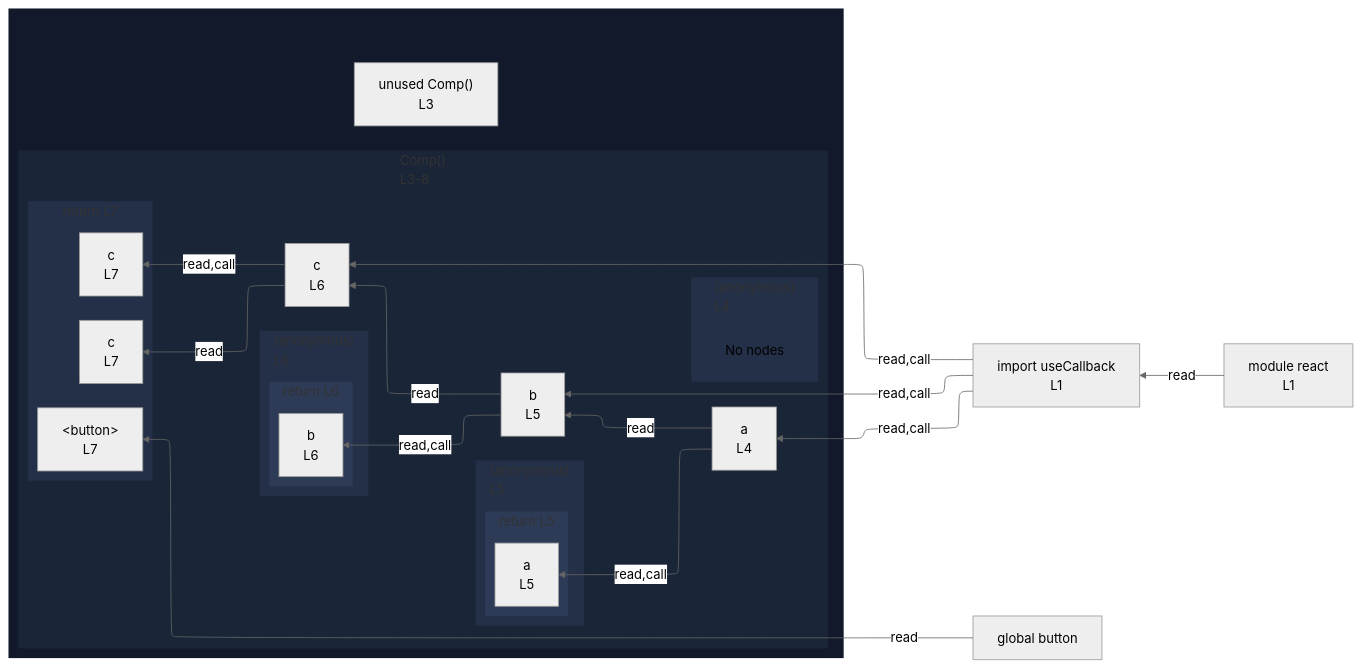
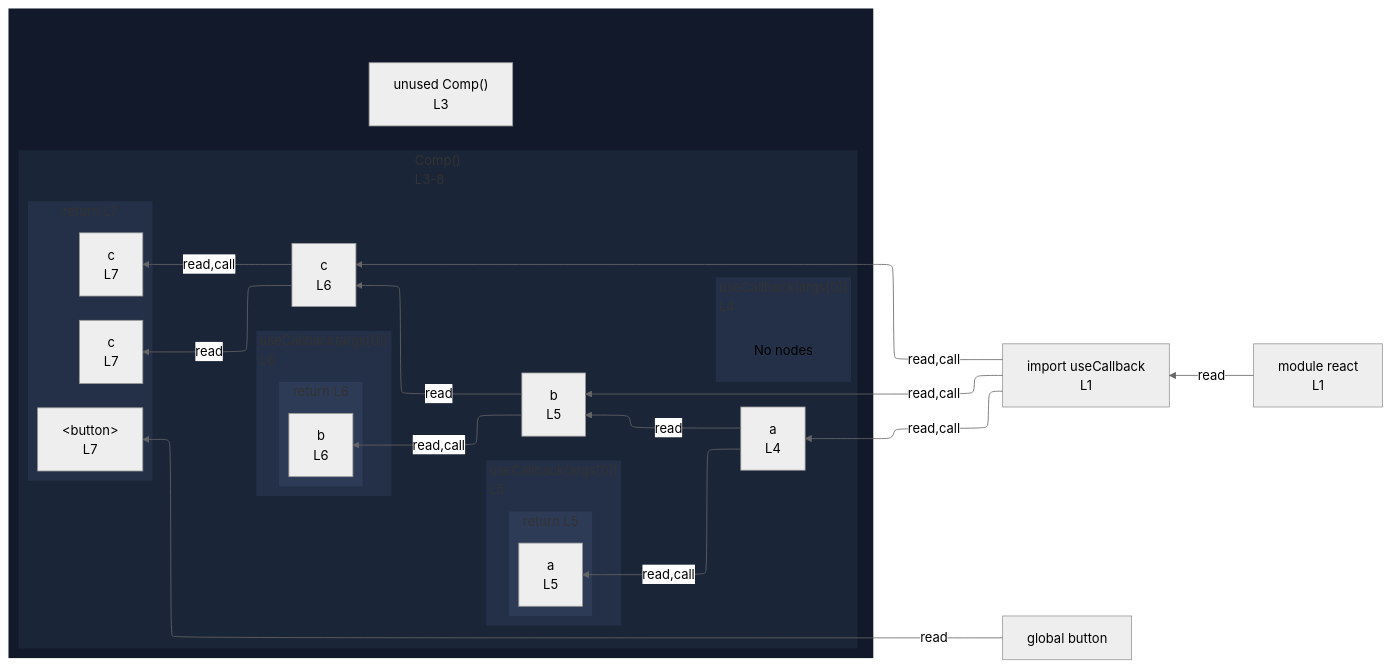
Before and after one commit to crescware/unsnarl: the diagram in integration/fixtures/jsx/use-callback-chain/preview.md, drawn with Mermaid (neutral theme). The commit also changed 71 other files, not shown here.

````diff
--- a/integration/fixtures/jsx/use-callback-chain/preview.md
+++ b/integration/fixtures/jsx/use-callback-chain/preview.md
@@ -18,66 +18,66 @@
 ```mermaid
 %%{init: {"flowchart": {"defaultRenderer": "elk"}}}%%
 flowchart RL
   n_scope_0_useCallback_9["import useCallback<br/>L1"]
   n_scope_0_button_197["global button"]
   subgraph wrap_s_scope_1[" "]
     direction TB
     n_scope_0_Comp_44["unused Comp()<br/>L3"]
     subgraph s_scope_1["Comp()<br/>L3-8"]
       direction RL
       n_scope_1_a_67["a<br/>L4"]
       n_scope_1_b_105["b<br/>L5"]
       n_scope_1_c_150["c<br/>L6"]
-      subgraph s_scope_2["(anonymous)<br/>L4"]
+      subgraph s_scope_2["useCallback(args[0])<br/>L4"]
         direction RL
         elk_empty_s_scope_2["No nodes"]
       end
-      subgraph s_scope_3["(anonymous)<br/>L5"]
+      subgraph s_scope_3["useCallback(args[0])<br/>L5"]
         direction RL
         subgraph s_return_scope_0_Comp_44_127_134["return L5"]
           direction RL
           ret_use_ref_5["a<br/>L5"]
         end
       end
-      subgraph s_scope_4["(anonymous)<br/>L6"]
+      subgraph s_scope_4["useCallback(args[0])<br/>L6"]
         direction RL
         subgraph s_return_scope_0_Comp_44_172_179["return L6"]
           direction RL
           ret_use_ref_9["b<br/>L6"]
         end
       end
       subgraph s_return_scope_0_Comp_44_189_231["return L7"]
         direction RL
         ret_use_ref_11["&lt;button&gt;<br/>L7"]
         ret_use_ref_12["c<br/>L7"]
         ret_use_ref_13["c<br/>L7"]
       end
     end
   end
   n_scope_0_useCallback_9 -->|read,call| n_scope_1_a_67
   n_scope_0_useCallback_9 -->|read,call| n_scope_1_b_105
   n_scope_1_a_67 -->|read,call| ret_use_ref_5
   n_scope_1_a_67 -->|read| n_scope_1_b_105
   n_scope_0_useCallback_9 -->|read,call| n_scope_1_c_150
   n_scope_1_b_105 -->|read,call| ret_use_ref_9
   n_scope_1_b_105 -->|read| n_scope_1_c_150
   n_scope_0_button_197 -->|read| ret_use_ref_11
   n_scope_1_c_150 -->|read| ret_use_ref_12
   n_scope_1_c_150 -->|read,call| ret_use_ref_13
   mod_react["module react<br/>L1"]
   mod_react -->|read| n_scope_0_useCallback_9
   classDef nestL1 fill:#11192a,stroke:transparent;
   class wrap_s_scope_1 nestL1;
   classDef nestL2 fill:#1a2538,stroke:transparent;
   class s_scope_1 nestL2;
   classDef nestL3 fill:#243047,stroke:transparent;
   class s_scope_2 nestL3;
   class s_scope_3 nestL3;
   class s_scope_4 nestL3;
   class s_return_scope_0_Comp_44_189_231 nestL3;
   classDef nestL4 fill:#2d3b57,stroke:transparent;
   class s_return_scope_0_Comp_44_127_134 nestL4;
   class s_return_scope_0_Comp_44_172_179 nestL4;
   classDef elkEmptyPlaceholder fill:transparent,stroke:transparent;
   class elk_empty_s_scope_2 elkEmptyPlaceholder;
 ```
````
